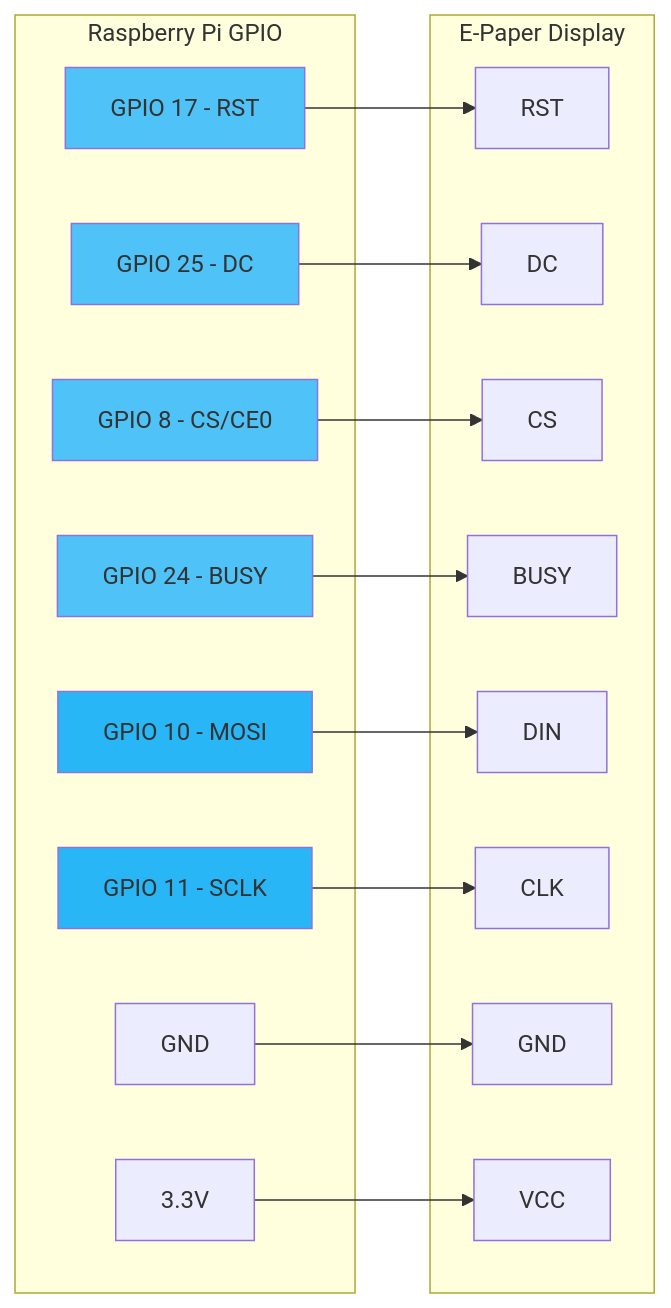
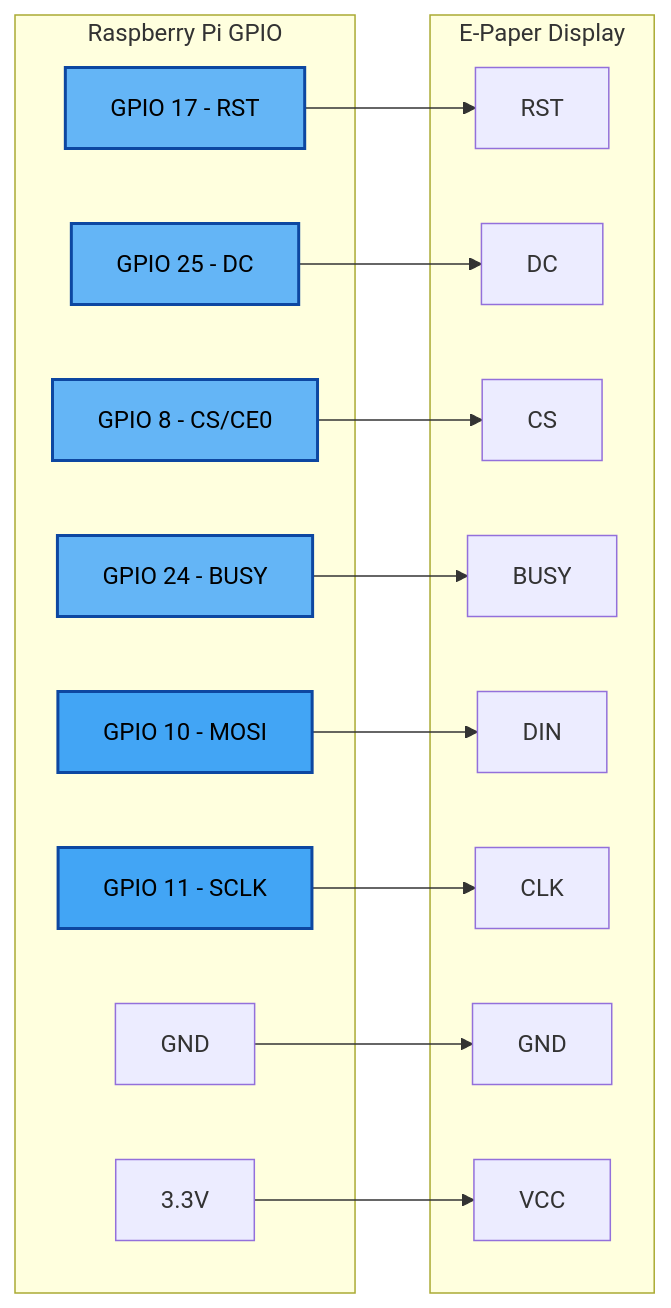
One commit to johanns/libepaper changed diagram 12 of 12 in docs/ARCHITECTURE.md. Above: the diagram before and after it, drawn with Mermaid. The commit also changed other lines of this file and 3 other files, not shown here.

````diff
--- a/docs/ARCHITECTURE.md
+++ b/docs/ARCHITECTURE.md
@@ -595,40 +644,40 @@
 ```mermaid
 graph LR
     subgraph "Raspberry Pi GPIO"
         RST[GPIO 17 - RST]
         DC[GPIO 25 - DC]
         CS[GPIO 8 - CS/CE0]
         BUSY[GPIO 24 - BUSY]
         MOSI[GPIO 10 - MOSI]
         SCLK[GPIO 11 - SCLK]
         GND[GND]
         VCC[3.3V]
     end
 
     subgraph "E-Paper Display"
         ERST[RST]
         EDC[DC]
         ECS[CS]
         EBUSY[BUSY]
         EMOSI[DIN]
         ESCLK[CLK]
         EGND[GND]
         EVCC[VCC]
     end
 
     RST --> ERST
     DC --> EDC
     CS --> ECS
     BUSY --> EBUSY
     MOSI --> EMOSI
     SCLK --> ESCLK
     GND --> EGND
     VCC --> EVCC
 
-    style RST fill:#4fc3f7
-    style DC fill:#4fc3f7
-    style CS fill:#4fc3f7
-    style BUSY fill:#4fc3f7
-    style MOSI fill:#29b6f6
-    style SCLK fill:#29b6f6
+    style RST fill:#64b5f6,stroke:#0d47a1,stroke-width:2px,color:#000
+    style DC fill:#64b5f6,stroke:#0d47a1,stroke-width:2px,color:#000
+    style CS fill:#64b5f6,stroke:#0d47a1,stroke-width:2px,color:#000
+    style BUSY fill:#64b5f6,stroke:#0d47a1,stroke-width:2px,color:#000
+    style MOSI fill:#42a5f5,stroke:#0d47a1,stroke-width:2px,color:#000
+    style SCLK fill:#42a5f5,stroke:#0d47a1,stroke-width:2px,color:#000
 ```
````
